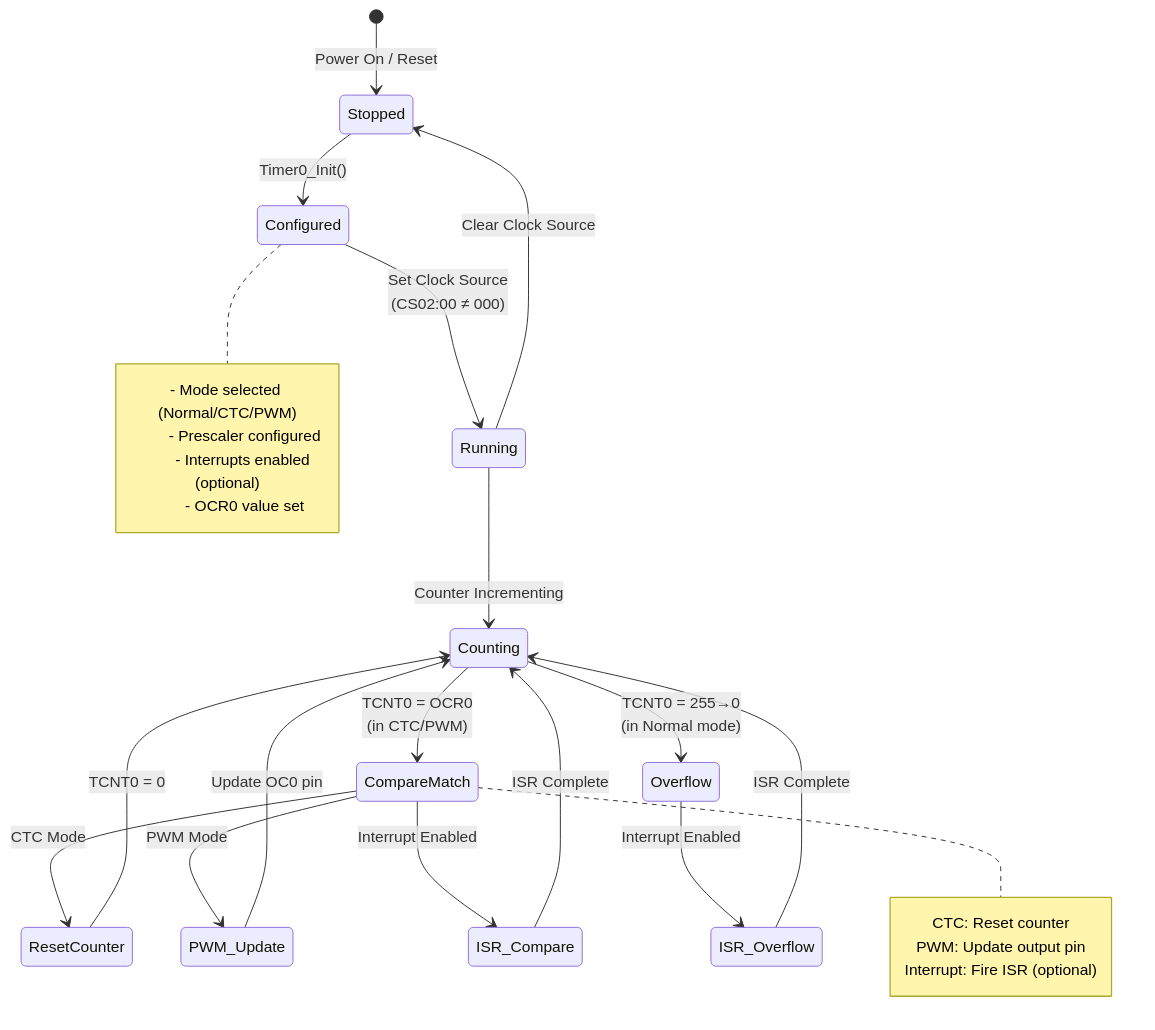
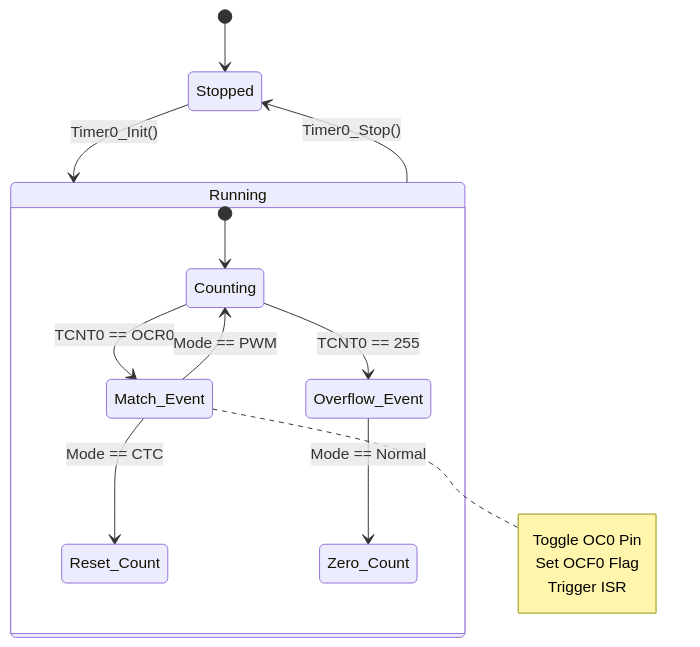
The third of 5 diagrams in Doc/Embedded/New/06_ImplementationDoc/Software_Layers/MCAL_Layer/Timer0/Timer0_Driver.md (Gestell-Solution/Smart_Energy_Management_System), drawn with Mermaid before and after one commit. The commit also changed other lines of this file and 30 other files, not shown here.

````diff
--- a/Doc/Embedded/New/06_ImplementationDoc/Software_Layers/MCAL_Layer/Timer0/Timer0_Driver.md
+++ b/Doc/Embedded/New/06_ImplementationDoc/Software_Layers/MCAL_Layer/Timer0/Timer0_Driver.md
@@ -160,39 +187,24 @@
 ```mermaid
 stateDiagram-v2
-    [*] --> Stopped: Power On / Reset
+    [*] --> Stopped
 
-    Stopped --> Configured: Timer0_Init()
+    Stopped --> Running: Timer0_Init()
 
-    Configured --> Running: Set Clock Source<br/>(CS02:00 ≠ 000)
+    state Running {
+        [*] --> Counting
+        Counting --> Match_Event: TCNT0 == OCR0
+        Match_Event --> Reset_Count: Mode == CTC
+        Match_Event --> Counting: Mode == PWM
 
-    Running --> Counting: Counter Incrementing
+        Counting --> Overflow_Event: TCNT0 == 255
+        Overflow_Event --> Zero_Count: Mode == Normal
+    }
 
-    Counting --> CompareMatch: TCNT0 = OCR0<br/>(in CTC/PWM)
-    Counting --> Overflow: TCNT0 = 255→0<br/>(in Normal mode)
+    Running --> Stopped: Timer0_Stop()
 
-    CompareMatch --> ResetCounter: CTC Mode
-    CompareMatch --> PWM_Update: PWM Mode
-    CompareMatch --> ISR_Compare: Interrupt Enabled
-
-    Overflow --> ISR_Overflow: Interrupt Enabled
-
-    ResetCounter --> Counting: TCNT0 = 0
-    PWM_Update --> Counting: Update OC0 pin
-    ISR_Compare --> Counting: ISR Complete
-    ISR_Overflow --> Counting: ISR Complete
-
-    Running --> Stopped: Clear Clock Source
-
-    note right of Configured
-        - Mode selected (Normal/CTC/PWM)
-        - Prescaler configured
-        - Interrupts enabled (optional)
-        - OCR0 value set
-    end note
-
-    note right of CompareMatch
-        CTC: Reset counter
-        PWM: Update output pin
-        Interrupt: Fire ISR (optional)
+    note right of Match_Event
+        Toggle OC0 Pin
+        Set OCF0 Flag
+        Trigger ISR
     end note
 ```
````
